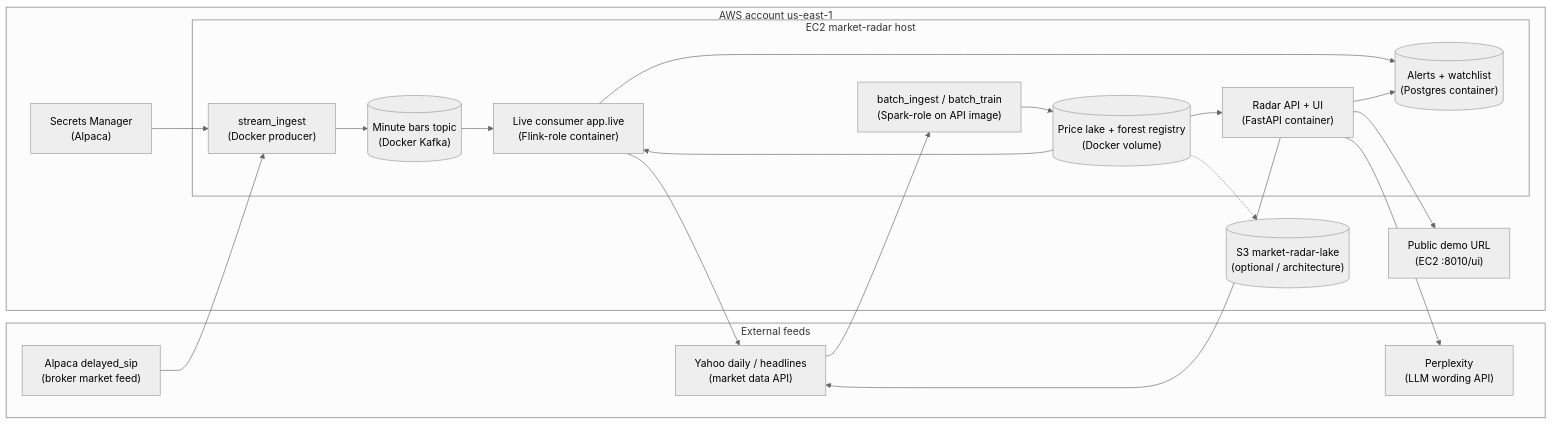
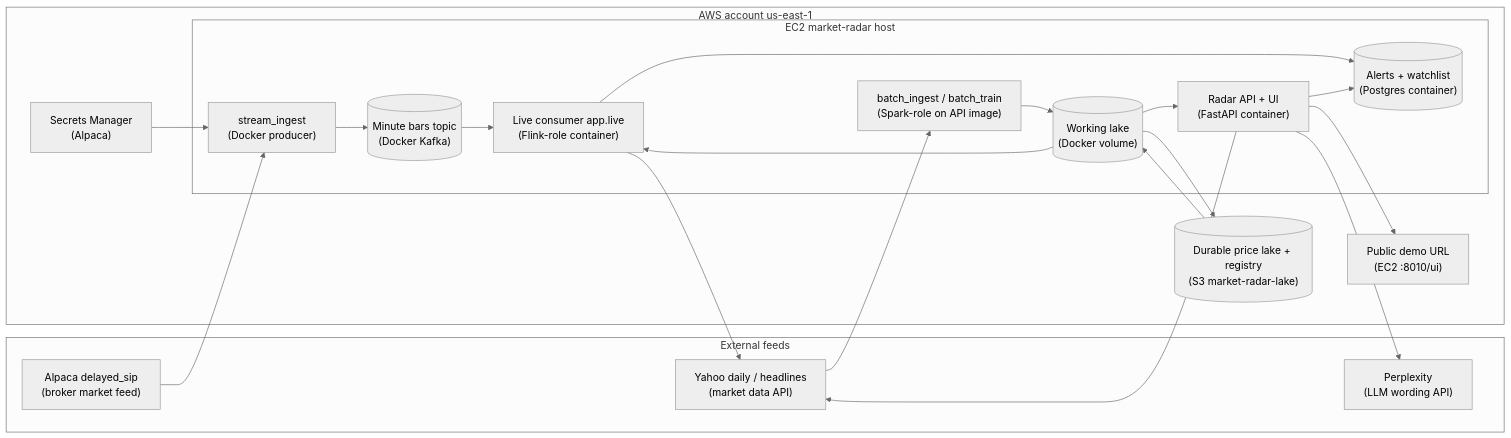
Before and after one commit to sameerde4/ticker-alert-system: the diagram in docs/aws-deployment.md, drawn with Mermaid (neutral theme). The commit also changed other lines of this file and 2 other files, not shown here.

First line of the commit message:
Document the S3 durable lake on the AWS demo path.

````diff
--- a/docs/aws-deployment.md
+++ b/docs/aws-deployment.md
@@ -85,37 +85,38 @@
 ```mermaid
 flowchart LR
     subgraph vendors [External feeds]
         ALP["Alpaca delayed_sip<br/>(broker market feed)"]
         YF["Yahoo daily / headlines<br/>(market data API)"]
         PPLX["Perplexity<br/>(LLM wording API)"]
     end
 
     subgraph aws [AWS account us-east-1]
         subgraph ec2box [EC2 market-radar host]
             KAFKA[("Minute bars topic<br/>(Docker Kafka)")]
             INGEST["stream_ingest<br/>(Docker producer)"]
             LIVE["Live consumer app.live<br/>(Flink-role container)"]
             API["Radar API + UI<br/>(FastAPI container)"]
             PG[("Alerts + watchlist<br/>(Postgres container)")]
-            LAKE[("Price lake + forest registry<br/>(Docker volume)")]
+            LAKE[("Working lake<br/>(Docker volume)")]
             BATCH["batch_ingest / batch_train<br/>(Spark-role on API image)"]
         end
 
-        S3[("S3 market-radar-lake<br/>(optional / architecture)")]
+        S3[("Durable price lake + registry<br/>(S3 market-radar-lake)")]
         SM["Secrets Manager<br/>(Alpaca)"]
         URL["Public demo URL<br/>(EC2 :8010/ui)"]
     end
 
     ALP --> INGEST --> KAFKA --> LIVE
     YF --> BATCH --> LAKE
+    LAKE --> S3
+    S3 --> LAKE
     LAKE --> LIVE
     LAKE --> API
     SM --> INGEST
     LIVE --> PG
     API --> PG
     LIVE --> YF
     API --> YF
     API --> PPLX
     API --> URL
-    LAKE -.-> S3
 ```
````
